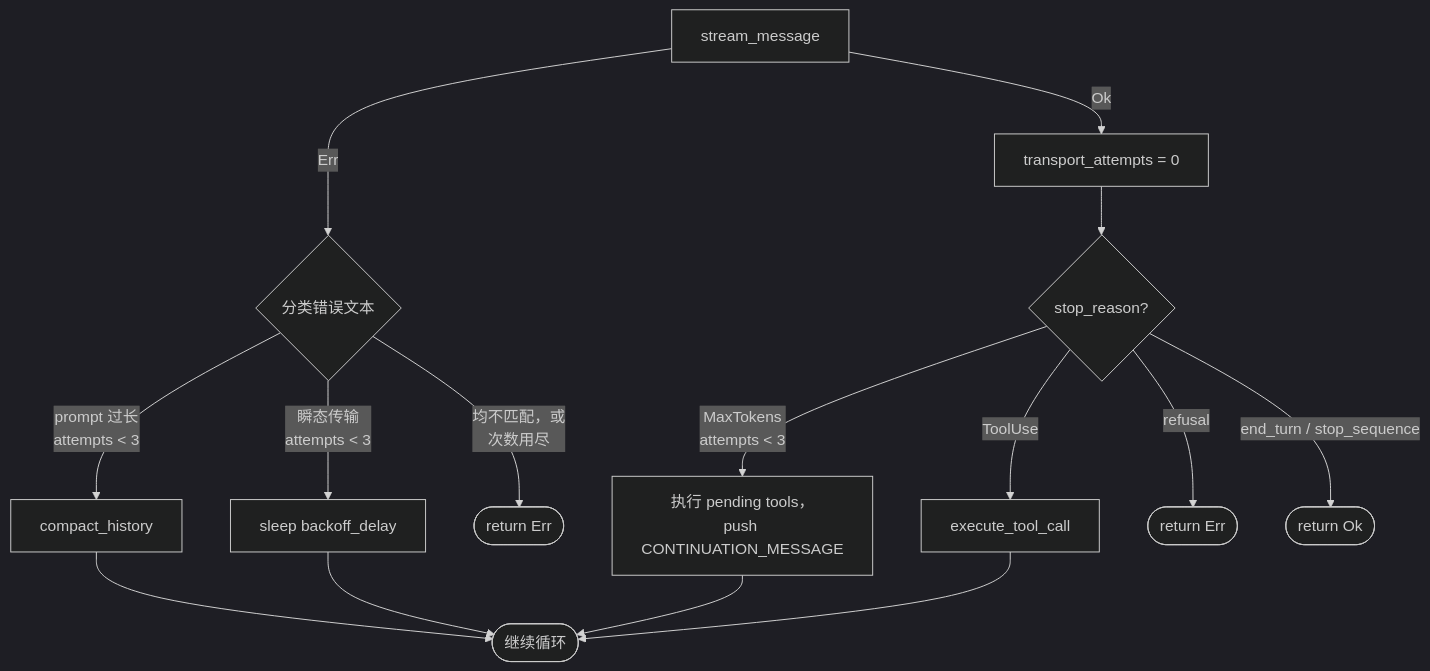
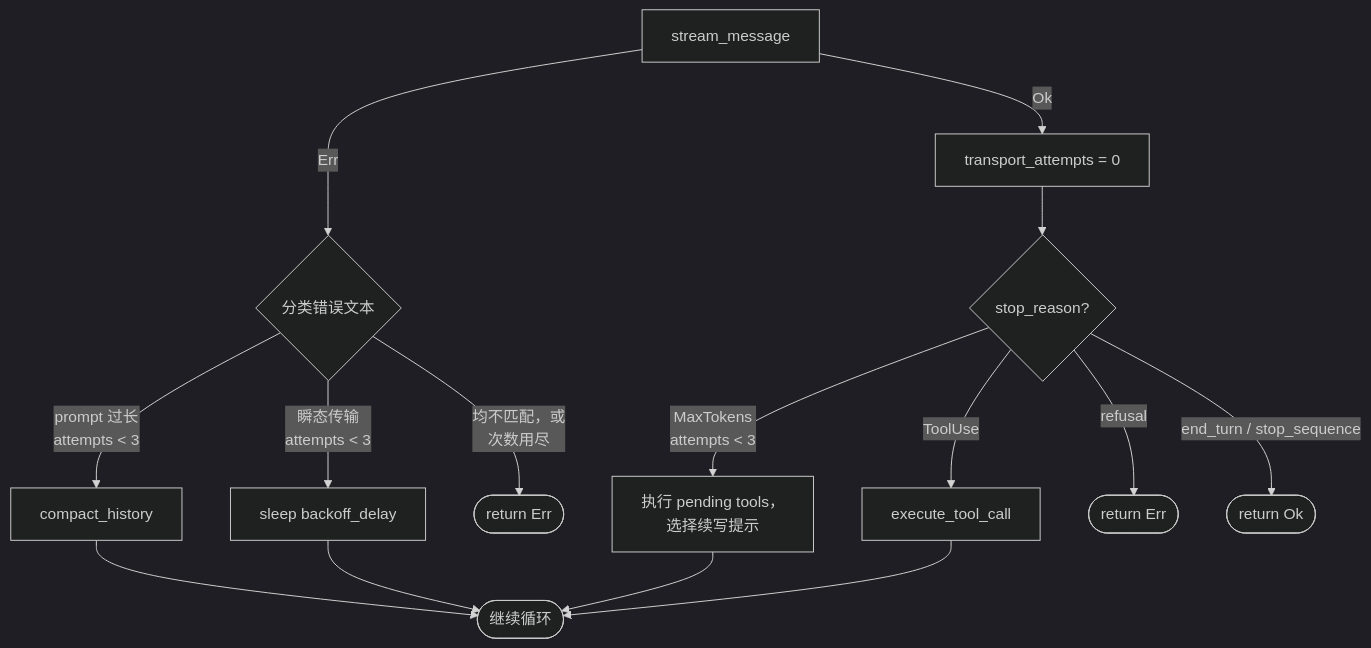
One commit to rust-infra/tact changed the diagram in book/06_chapter_recovery_zh.md. Above: the diagram before and after it, drawn with Mermaid (dark theme). The commit also changed other lines of this file and 126 other files, not shown here.

````diff
--- a/book/06_chapter_recovery_zh.md
+++ b/book/06_chapter_recovery_zh.md
@@ -100,21 +100,21 @@
 ```mermaid
 flowchart TB
     Send[stream_message] -->|Ok| Reset[transport_attempts = 0]
     Send -->|Err| Classify{分类错误文本}
 
     Classify -->|prompt 过长<br/>attempts < 3| Compact[compact_history]
     Compact --> Retry([继续循环])
 
     Classify -->|瞬态传输<br/>attempts < 3| Sleep[sleep backoff_delay]
     Sleep --> Retry
 
     Classify -->|均不匹配，或<br/>次数用尽| Fail([return Err])
 
     Reset --> Stop{stop_reason?}
-    Stop -->|MaxTokens<br/>attempts < 3| Cont[执行 pending tools，<br/>push CONTINUATION_MESSAGE]
+    Stop -->|MaxTokens<br/>attempts < 3| Cont[执行 pending tools，<br/>选择续写提示]
     Cont --> Retry
     Stop -->|ToolUse| Tools[execute_tool_call]
     Tools --> Retry
     Stop -->|refusal| Refuse([return Err])
     Stop -->|end_turn / stop_sequence| Done([return Ok])
 ```
````
